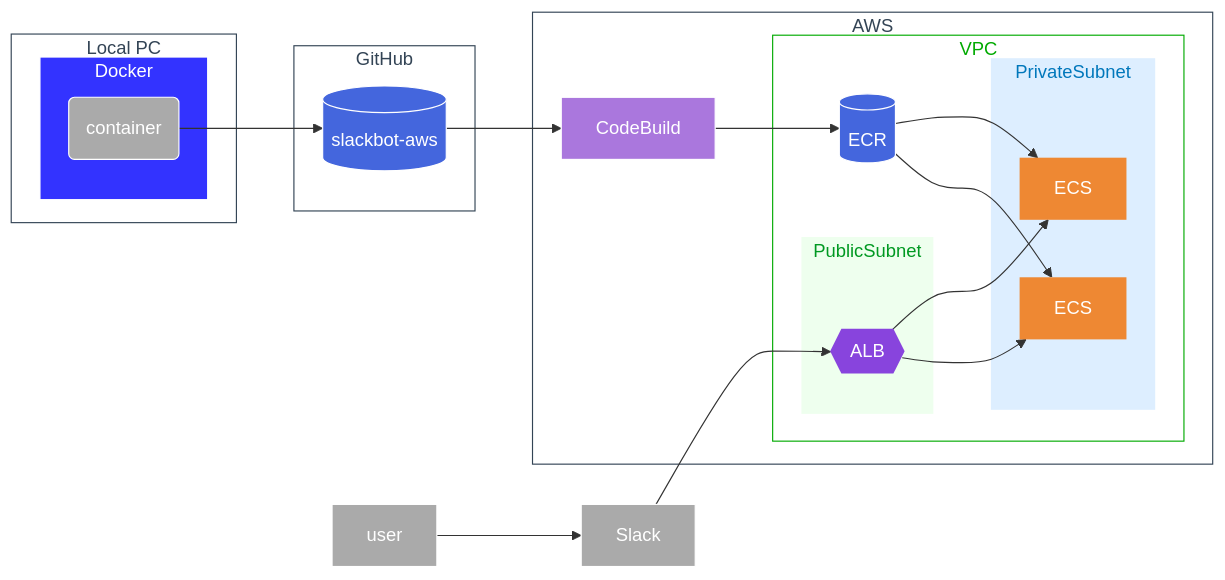
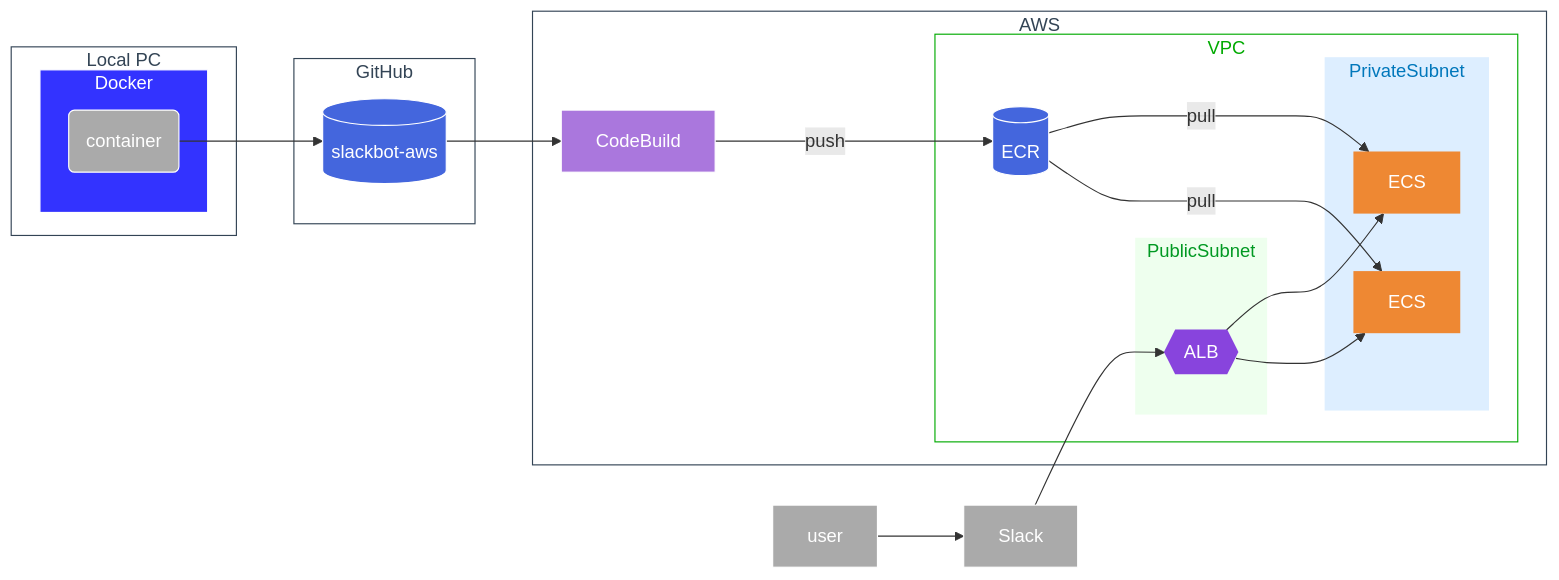
Before and after one commit to yuta3003/slackbot-aws: the diagram in README.md, drawn with Mermaid.

Commit message:
:+1: UPDATE

````diff
--- a/README.md
+++ b/README.md
@@ -14,77 +14,77 @@
 ```mermaid
 flowchart LR
 
 subgraph PC[Local PC]
   subgraph Docker[Docker]
     Container("container")
   end
 end
 
 subgraph GitHub[GitHub]
   Repository[(slackbot-aws)]
 end
 
 subgraph AWS[AWS]
   CodeBuild[CodeBuild]
   subgraph VPC[VPC]
     ECR[(ECR)]
     subgraph PrivateSubnet[PrivateSubnet]
       ECS1[ECS]
       ECS2[ECS]
     end
     subgraph PublicSubnet[PublicSubnet]
       ALB{{ALB}}
     end
   end
 end
 
 USER[user]
 SLACK[Slack]
 
 %%サービス同士の関係
 Container --> Repository
 Repository --> CodeBuild
-CodeBuild --> ECR
-ECR --> ECS1
-ECR --> ECS2
+CodeBuild --"push"---> ECR
+ECR --"pull"---> ECS1
+ECR --"pull"---> ECS2
 ALB --> ECS1
 ALB --> ECS2
 USER --> SLACK
 SLACK --> ALB
 
 %%グループのスタイル
 classDef SGroup fill:none,color:#345,stroke:#345
 class PC SGroup
 class Docker SGroup
 class GitHub SGroup
 class AWS SGroup
 
 classDef SPublicSubnet fill:#efe,color:#092,stroke:none
 class PublicSubnet SPublicSubnet
 
 classDef SPrivateSubnet fill:#def,color:#07b,stroke:none
 class PrivateSubnet SPrivateSubnet
 
 classDef SVPC fill:none,color:#0a0,stroke:#0a0
 class VPC SVPC
 
 %%サービスのスタイル
 classDef SService fill:#aaa,color:#fff,stroke:#fff
 class USER,SLACK,Container SService
 
 classDef SCP fill:#e83,color:#fff,stroke:none
 class ECS1,ECS2 SCP
 
 classDef SNW fill:#84d,color:#fff,stroke:none
 class ALB SNW
 
 classDef SDB fill:#46d,color:#fff,stroke:#fff
 class ECR,Repository SDB
 
 classDef SDevTool fill:#a7d,color:#fff,stroke:#fff
 class CodeBuild SDevTool
 
 classDef SDocker fill:#33f,color:#fff,stroke:#fff
 class Docker SDocker
 
 ```
````
